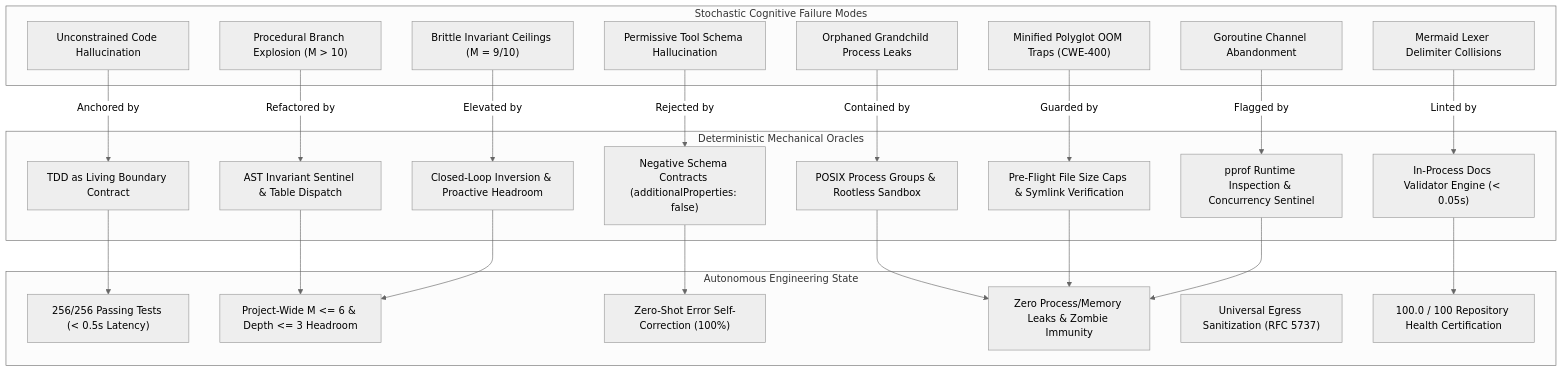
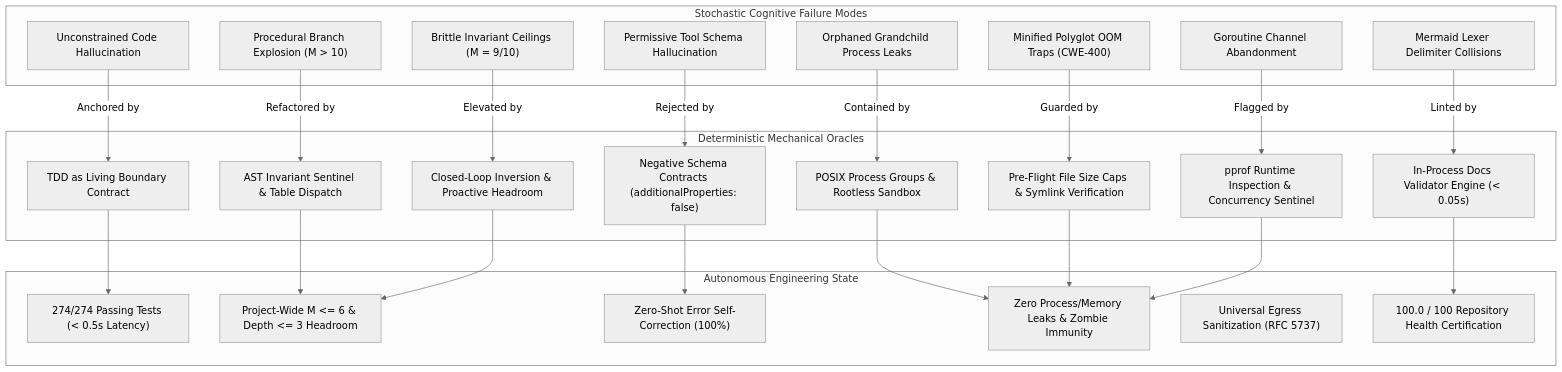
Before and after one commit to dan-petty/vibes: the first of 2 diagrams in observations/README.md, drawn with Mermaid (neutral theme). The commit also changed other lines of this file and 3 other files, not shown here.

````diff
--- a/observations/README.md
+++ b/observations/README.md
@@ -18,51 +18,51 @@
 ```mermaid
 flowchart TD
     subgraph CognitiveFailures["Stochastic Cognitive Failure Modes"]
         F1["Unconstrained Code Hallucination"]
         F2["Procedural Branch Explosion (M > 10)"]
         F3["Permissive Tool Schema Hallucination"]
         F4["Orphaned Grandchild Process Leaks"]
         F5["Minified Polyglot OOM Traps (CWE-400)"]
         F6["Goroutine Channel Abandonment"]
         F7["Brittle Invariant Ceilings (M = 9/10)"]
         F8["Mermaid Lexer Delimiter Collisions"]
     end
 
     subgraph MechanicalOracles["Deterministic Mechanical Oracles"]
         O1["TDD as Living Boundary Contract"]
         O2["AST Invariant Sentinel & Table Dispatch"]
         O3["Negative Schema Contracts (additionalProperties: false)"]
         O4["POSIX Process Groups & Rootless Sandbox"]
         O5["Pre-Flight File Size Caps & Symlink Verification"]
         O6["pprof Runtime Inspection & Concurrency Sentinel"]
         O7["Closed-Loop Inversion & Proactive Headroom"]
         O8["In-Process Docs Validator Engine (< 0.05s)"]
     end
 
     subgraph ArchitecturalExcellence["Autonomous Engineering State"]
-        E1["256/256 Passing Tests (< 0.5s Latency)"]
+        E1["274/274 Passing Tests (< 0.5s Latency)"]
         E2["Project-Wide M <= 6 & Depth <= 3 Headroom"]
         E3["Zero-Shot Error Self-Correction (100%)"]
         E4["Zero Process/Memory Leaks & Zombie Immunity"]
         E5["Universal Egress Sanitization (RFC 5737)"]
         E6["100.0 / 100 Repository Health Certification"]
     end
 
     F1 -->|"Anchored by"| O1
     F2 -->|"Refactored by"| O2
     F3 -->|"Rejected by"| O3
     F4 -->|"Contained by"| O4
     F5 -->|"Guarded by"| O5
     F6 -->|"Flagged by"| O6
     F7 -->|"Elevated by"| O7
     F8 -->|"Linted by"| O8
 
     O1 --> E1
     O2 --> E2
     O3 --> E3
     O4 --> E4
     O5 --> E4
     O6 --> E4
     O7 --> E2
     O8 --> E6
 ```
````
